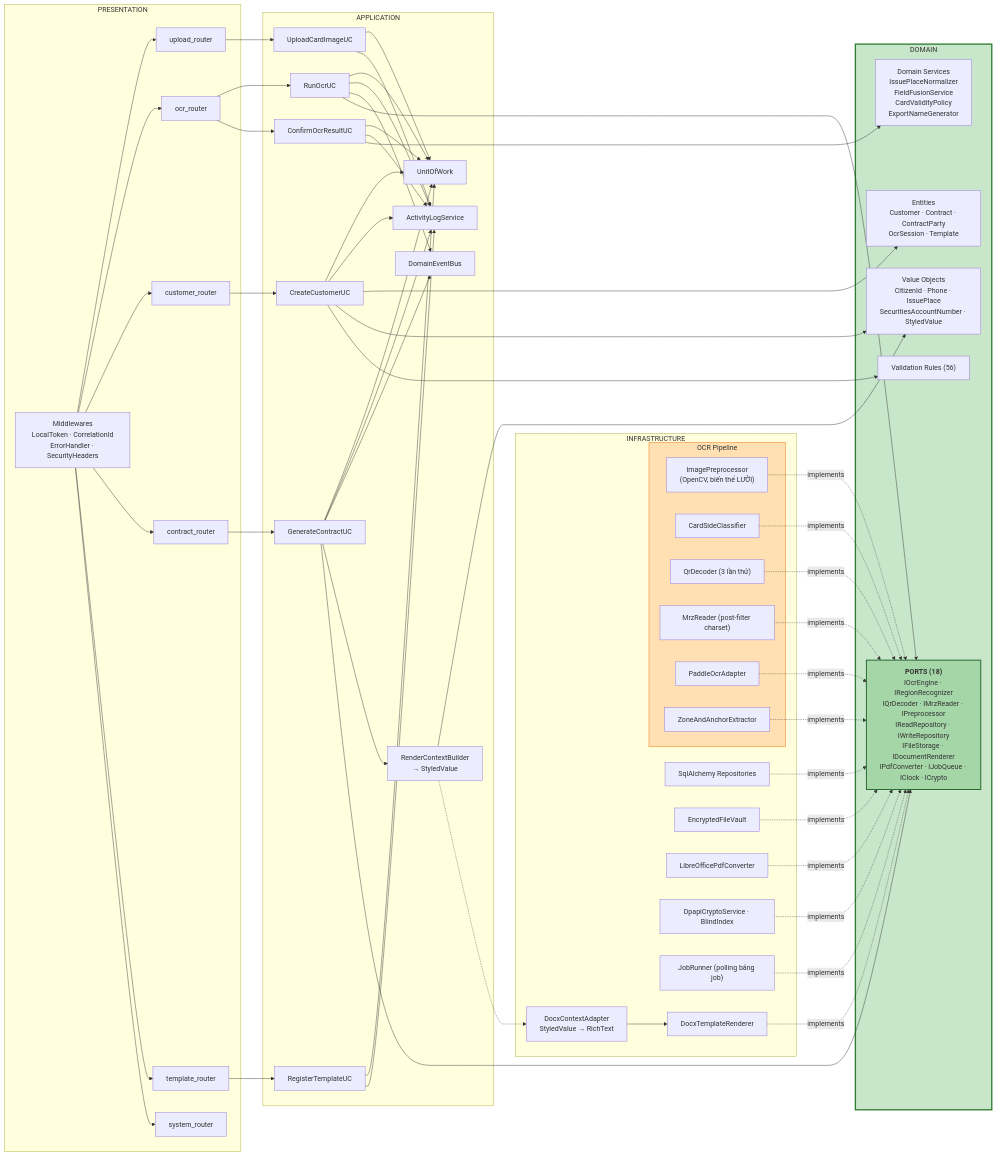
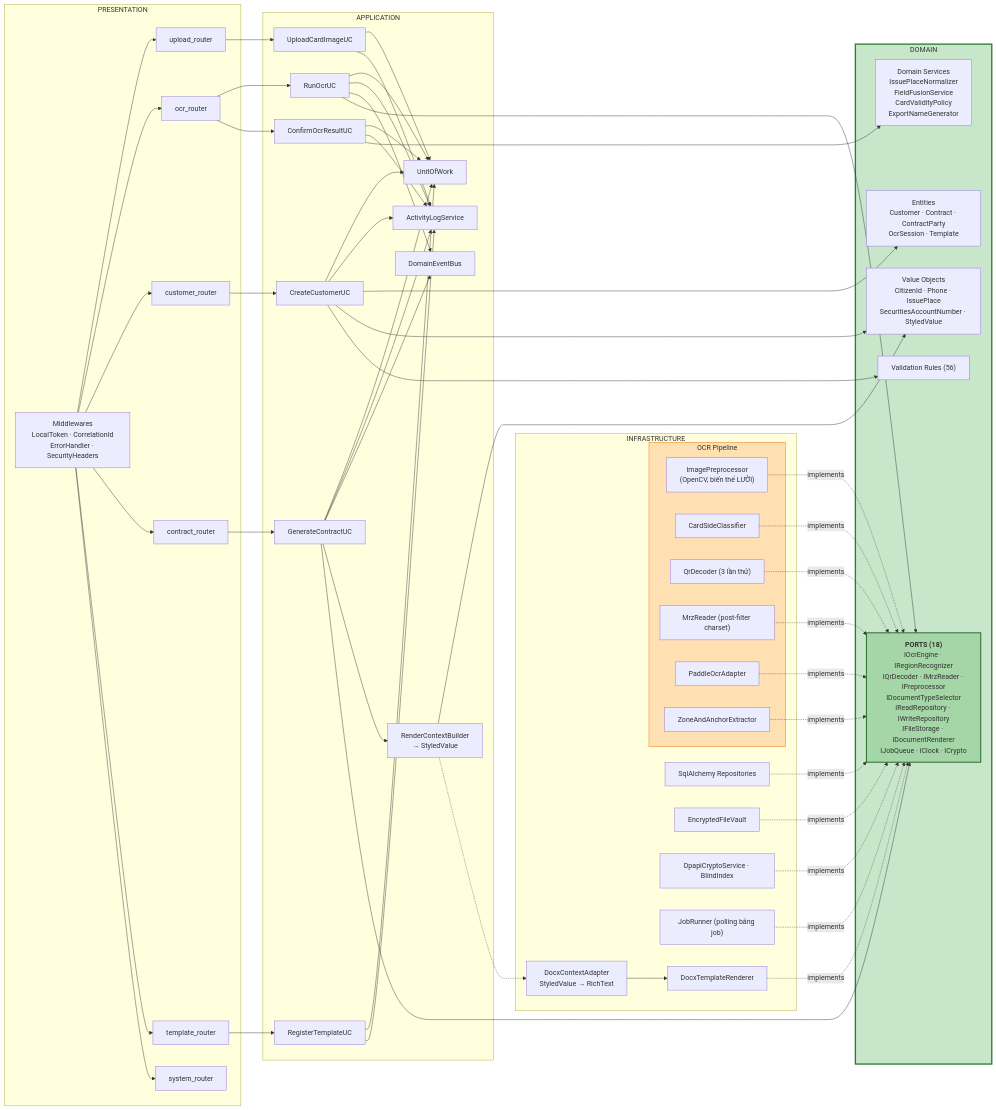
Before and after one commit to Dezz3z/CCCD_OCR_NEW: the third of 10 diagrams in docs/design/02-so-do-he-thong.md, drawn with Mermaid. The commit also changed other lines of this file and 45 other files, not shown here.

````diff
--- a/docs/design/02-so-do-he-thong.md
+++ b/docs/design/02-so-do-he-thong.md
@@ -116,76 +109,75 @@
 ```mermaid
 graph LR
     subgraph PRES["PRESENTATION"]
         R1["upload_router"]
         R2["ocr_router"]
         R3["customer_router"]
         R4["contract_router"]
         R5["template_router"]
         R6["system_router"]
         MW["Middlewares<br/>LocalToken · CorrelationId<br/>ErrorHandler · SecurityHeaders"]
     end
 
     subgraph APPL["APPLICATION"]
         UC1["UploadCardImageUC"]
         UC2["RunOcrUC"]
         UC3["ConfirmOcrResultUC"]
         UC4["CreateCustomerUC"]
         UC5["GenerateContractUC"]
         UC6["RegisterTemplateUC"]
         UOW["UnitOfWork"]
         BUS["DomainEventBus"]
         LOGS["ActivityLogService"]
         RCB["RenderContextBuilder<br/>→ StyledValue"]
     end
 
     subgraph DOMN["DOMAIN"]
         ENT["Entities<br/>Customer · Contract · ContractParty<br/>OcrSession · Template"]
         VOS["Value Objects<br/>CitizenId · Phone · IssuePlace<br/>SecuritiesAccountNumber · StyledValue"]
         DSV["Domain Services<br/>IssuePlaceNormalizer<br/>FieldFusionService<br/>CardValidityPolicy<br/>ExportNameGenerator"]
-        PORT["<b>PORTS (18)</b><br/>IOcrEngine · IRegionRecognizer<br/>IQrDecoder · IMrzReader · IPreprocessor<br/>IReadRepository · IWriteRepository<br/>IFileStorage · IDocumentRenderer<br/>IPdfConverter · IJobQueue · IClock · ICrypto"]
+        PORT["<b>PORTS (18)</b><br/>IOcrEngine · IRegionRecognizer<br/>IQrDecoder · IMrzReader · IPreprocessor<br/>IDocumentTypeSelector<br/>IReadRepository · IWriteRepository<br/>IFileStorage · IDocumentRenderer<br/>IJobQueue · IClock · ICrypto"]
         RULE["Validation Rules (56)"]
     end
 
     subgraph INFR["INFRASTRUCTURE"]
         subgraph OCRPIPE["OCR Pipeline"]
             PRE["ImagePreprocessor<br/>(OpenCV, biến thể LƯỜI)"]
             CLS["CardSideClassifier"]
             QR["QrDecoder (3 lần thử)"]
             MRZ["MrzReader (post-filter charset)"]
             PADDLE["PaddleOcrAdapter"]
             EXT["ZoneAndAnchorExtractor"]
         end
         REPO["SqlAlchemy Repositories"]
         STOR["EncryptedFileVault"]
         DCA["DocxContextAdapter<br/>StyledValue → RichText"]
         REND["DocxTemplateRenderer"]
-        PDF["LibreOfficePdfConverter"]
         SEC["DpapiCryptoService · BlindIndex"]
         QUE["JobRunner (polling bảng job)"]
     end
 
     MW --> R1 & R2 & R3 & R4 & R5 & R6
     R1 --> UC1
     R2 --> UC2 & UC3
     R3 --> UC4
     R4 --> UC5
     R5 --> UC6
 
     UC1 & UC2 & UC3 & UC4 & UC5 & UC6 --> UOW
     UC1 & UC2 & UC3 & UC4 & UC5 & UC6 --> LOGS
     UC2 & UC5 --> BUS
     UC5 --> RCB
     UC2 --> PORT
     UC5 --> PORT
     UC3 --> DSV
     UC4 --> ENT & VOS & RULE
     RCB --> VOS
 
     PRE & CLS & QR & MRZ & PADDLE & EXT -.->|implements| PORT
-    REPO & STOR & REND & PDF & SEC & QUE -.->|implements| PORT
+    REPO & STOR & REND & SEC & QUE -.->|implements| PORT
     RCB -.-> DCA --> REND
 
     style DOMN fill:#c8e6c9,stroke:#2e7d32,stroke-width:3px
     style PORT fill:#a5d6a7,stroke:#1b5e20,stroke-width:2px
     style OCRPIPE fill:#ffe0b2,stroke:#ef6c00
 ```
````
